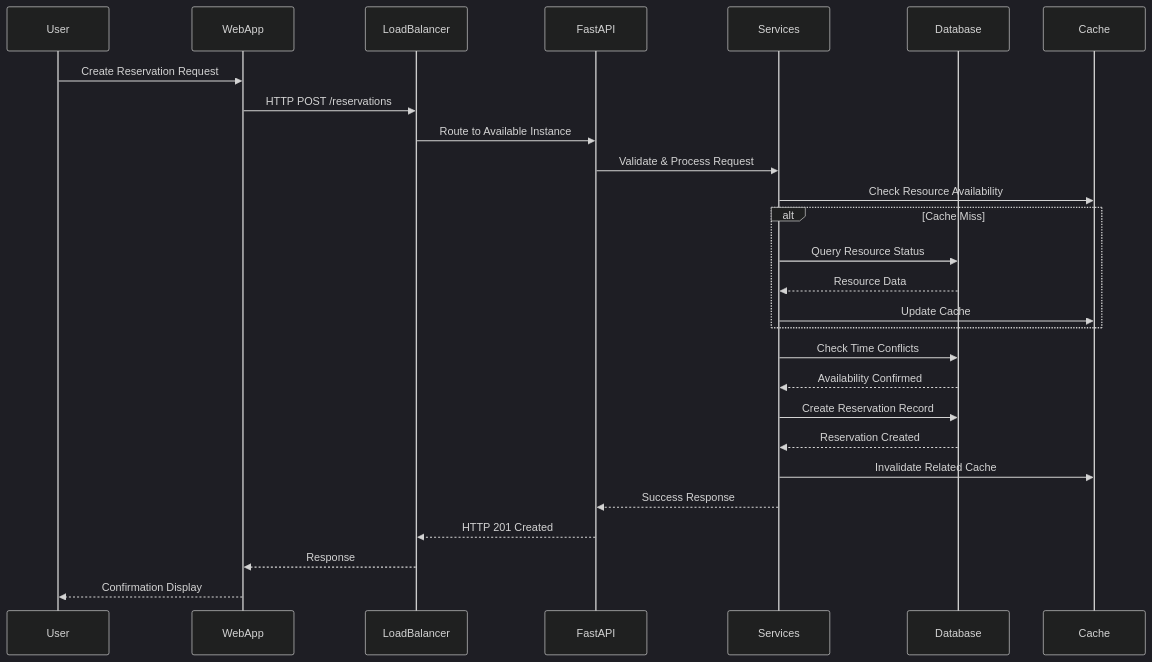
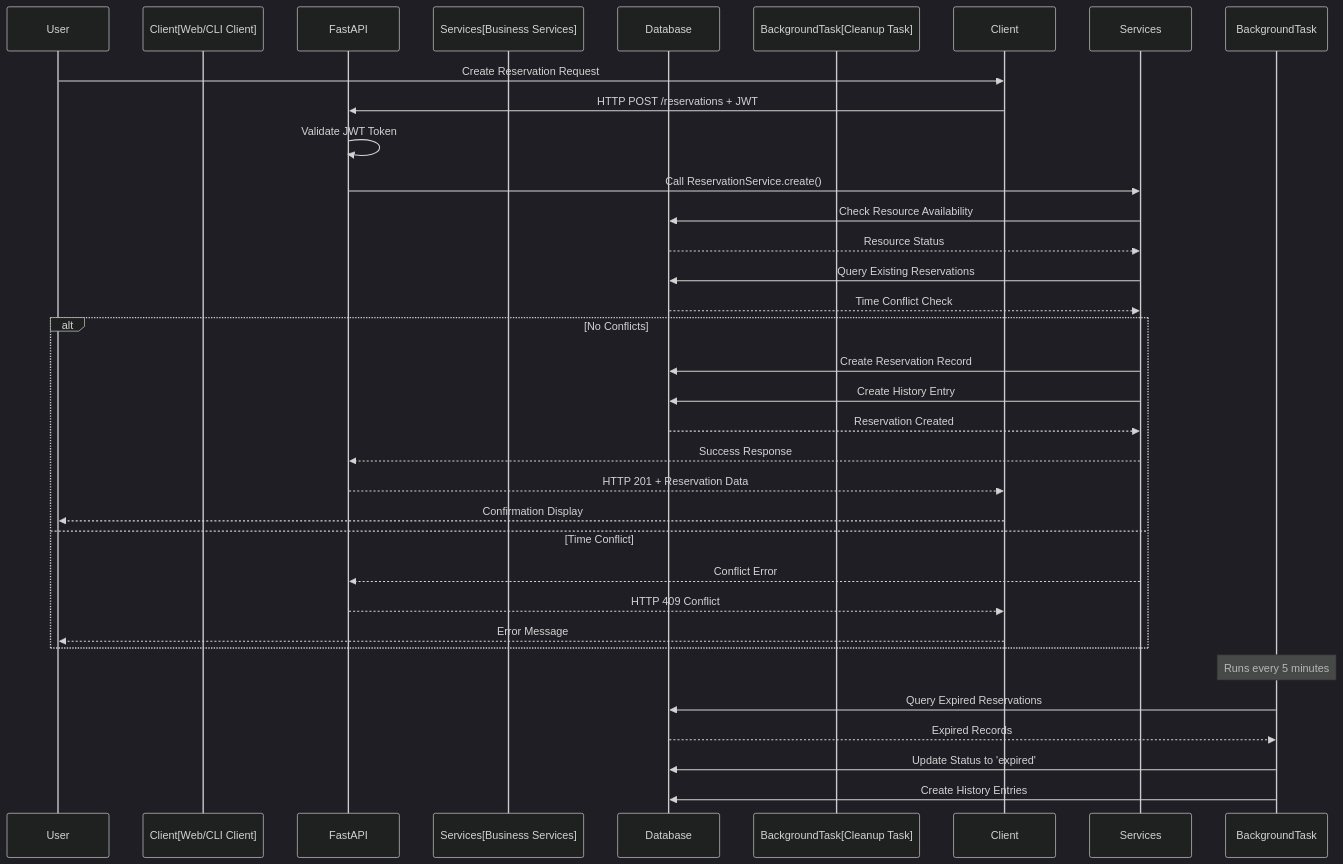
The second of 4 diagrams in architecture.md (sylvester-francis/Resource-Reserver), drawn with Mermaid (dark theme) before and after one commit. The commit also changed other lines of this file and 1 other file, not shown here.

````diff
--- a/architecture.md
+++ b/architecture.md
@@ -149,34 +116,39 @@
 ```mermaid
 sequenceDiagram
     participant User
-    participant WebApp
-    participant LoadBalancer
+    participant Client[Web/CLI Client]
     participant FastAPI
-    participant Services
+    participant Services[Business Services]
     participant Database
-    participant Cache
+    participant BackgroundTask[Cleanup Task]
     
-    User->>WebApp: Create Reservation Request
-    WebApp->>LoadBalancer: HTTP POST /reservations
-    LoadBalancer->>FastAPI: Route to Available Instance
-    FastAPI->>Services: Validate & Process Request
+    User->>Client: Create Reservation Request
+    Client->>FastAPI: HTTP POST /reservations + JWT
+    FastAPI->>FastAPI: Validate JWT Token
+    FastAPI->>Services: Call ReservationService.create()
     
-    Services->>Cache: Check Resource Availability
-    alt Cache Miss
-        Services->>Database: Query Resource Status
-        Database-->>Services: Resource Data
-        Services->>Cache: Update Cache
+    Services->>Database: Check Resource Availability
+    Database-->>Services: Resource Status
+    
+    Services->>Database: Query Existing Reservations
+    Database-->>Services: Time Conflict Check
+    
+    alt No Conflicts
+        Services->>Database: Create Reservation Record
+        Services->>Database: Create History Entry
+        Database-->>Services: Reservation Created
+        Services-->>FastAPI: Success Response
+        FastAPI-->>Client: HTTP 201 + Reservation Data
+        Client-->>User: Confirmation Display
+    else Time Conflict
+        Services-->>FastAPI: Conflict Error
+        FastAPI-->>Client: HTTP 409 Conflict
+        Client-->>User: Error Message
     end
     
-    Services->>Database: Check Time Conflicts
-    Database-->>Services: Availability Confirmed
-    
-    Services->>Database: Create Reservation Record
-    Database-->>Services: Reservation Created
-    
-    Services->>Cache: Invalidate Related Cache
-    Services-->>FastAPI: Success Response
-    FastAPI-->>LoadBalancer: HTTP 201 Created
-    LoadBalancer-->>WebApp: Response
-    WebApp-->>User: Confirmation Display
+    Note over BackgroundTask: Runs every 5 minutes
+    BackgroundTask->>Database: Query Expired Reservations
+    Database-->>BackgroundTask: Expired Records
+    BackgroundTask->>Database: Update Status to 'expired'
+    BackgroundTask->>Database: Create History Entries
 ```
````
